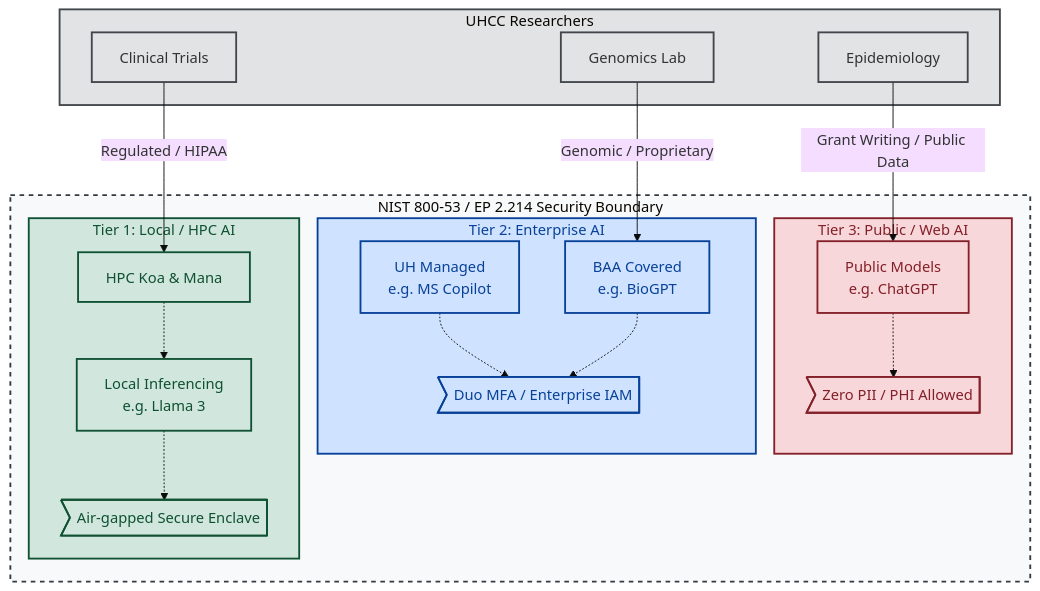
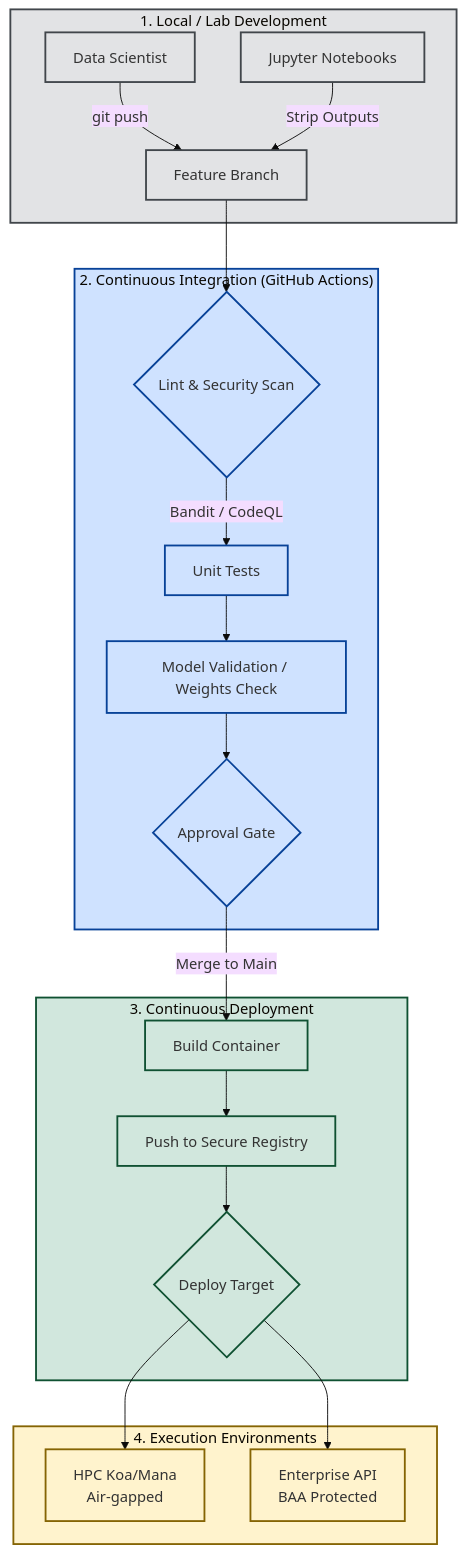
The first of 2 diagrams in README.md (University-of-Hawaii-Cancer-Center/-AI-DEVSECOPS-UHCC), drawn with Mermaid (base theme) before and after one commit. The commit also changed other lines of this file and 4 other files, not shown here.

````diff
--- a/README.md
+++ b/README.md
@@ -8,50 +16,36 @@
 ```mermaid
 graph TD
-    subgraph Users ["UHCC Researchers"]
-        U1[Epidemiology]
-        U2[Clinical Trials]
-        U3[Genomics Lab]
+    subgraph Dev ["1. Local / Lab Development"]
+        D1[Data Scientist] -->|git push| D2[Feature Branch]
+        D3[Jupyter Notebooks] -->|Strip Outputs| D2
     end
 
-    subgraph Boundary ["NIST 800-53 / EP 2.214 Security Boundary"]
-        subgraph Web ["Tier 3: Public / Web AI"]
-            W1[Public Models <br/> e.g. ChatGPT]
-            W2>Zero PII / PHI Allowed]
-        end
-
-        subgraph Enterprise ["Tier 2: Enterprise AI"]
-            E1[UH Managed <br/> e.g. MS Copilot]
-            E2[BAA Covered <br/> e.g. BioGPT]
-            E3>Duo MFA / Enterprise IAM]
-        end
-
-        subgraph Local ["Tier 1: Local / HPC AI"]
-            L1[HPC Koa & Mana]
-            L2[Local Inferencing <br/> e.g. Llama 3]
-            L3>Air-gapped Secure Enclave]
-        end
+    subgraph CI ["2. Continuous Integration (GitHub Actions)"]
+        D2 --> C1{Lint & Security Scan}
+        C1 -->|Bandit / CodeQL| C2[Unit Tests]
+        C2 --> C3[Model Validation / Weights Check]
+        C3 --> C4{Approval Gate}
     end
 
-    U1 -->|Grant Writing / Public Data| W1
-    U2 -->|Regulated / HIPAA| L1
-    U3 -->|Genomic / Proprietary| E2
+    subgraph CD ["3. Continuous Deployment"]
+        C4 -->|Merge to Main| CD1[Build Container]
+        CD1 --> CD2[Push to Secure Registry]
+        CD2 --> CD3{Deploy Target}
+    end
 
-    W1 -.-> W2
-    E1 -.-> E3
-    E2 -.-> E3
-    L1 -.-> L2
-    L2 -.-> L3
+    subgraph Envs ["4. Execution Environments"]
+        CD3 --> E1[HPC Koa/Mana <br/> Air-gapped]
+        CD3 --> E2[Enterprise API <br/> BAA Protected]
+    end
 
     %% Styling
-    classDef boundary fill:#f8f9fa,stroke:#343a40,stroke-width:2px,stroke-dasharray: 5 5;
-    classDef local fill:#d1e7dd,stroke:#0f5132,stroke-width:2px,color:#0f5132;
-    classDef ent fill:#cfe2ff,stroke:#084298,stroke-width:2px,color:#084298;
-    classDef pub fill:#f8d7da,stroke:#842029,stroke-width:2px,color:#842029;
-    classDef users fill:#e2e3e5,stroke:#41464b,stroke-width:2px;
-    
-    class Local,L1,L2,L3 local;
-    class Enterprise,E1,E2,E3 ent;
-    class Web,W1,W2 pub;
-    class Boundary boundary;
-    class Users,U1,U2,U3 users;
+    classDef dev fill:#e2e3e5,stroke:#41464b,stroke-width:2px;
+    classDef ci fill:#cfe2ff,stroke:#084298,stroke-width:2px;
+    classDef cd fill:#d1e7dd,stroke:#0f5132,stroke-width:2px;
+    classDef envs fill:#fff3cd,stroke:#856404,stroke-width:2px;
+
+    class Dev,D1,D2,D3 dev;
+    class CI,C1,C2,C3,C4 ci;
+    class CD,CD1,CD2,CD3 cd;
+    class Envs,E1,E2 envs;
 ```
````
